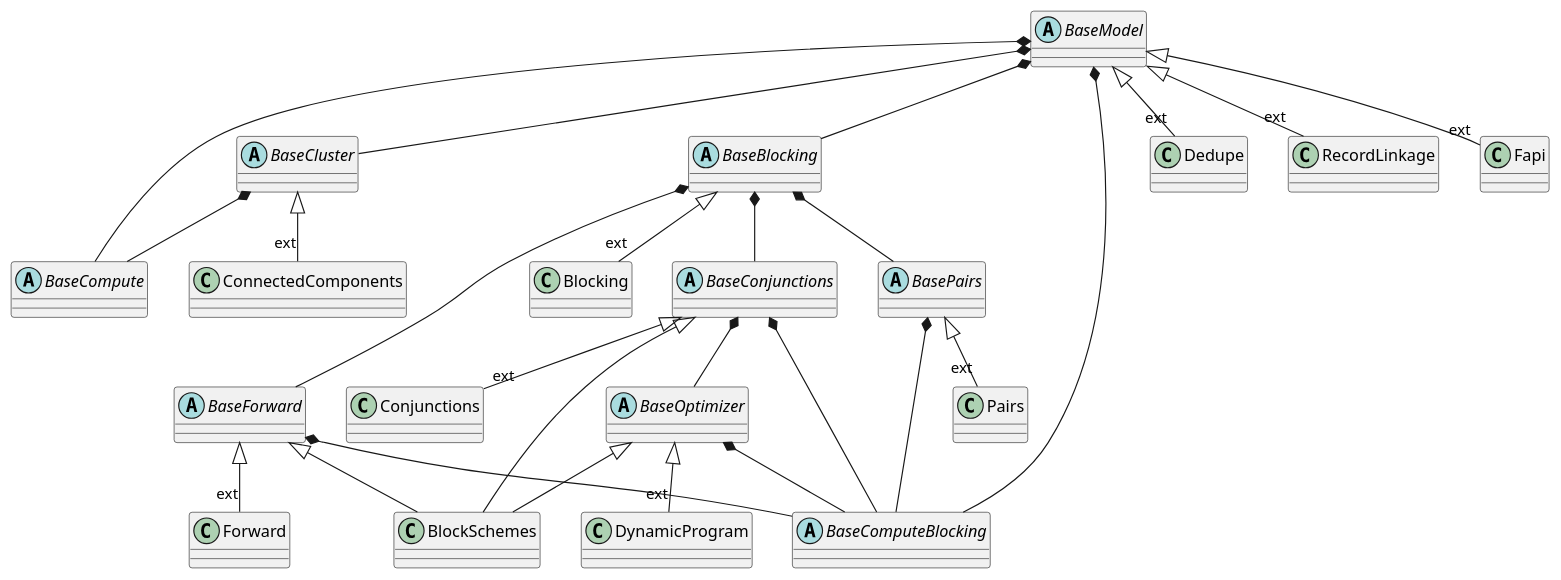
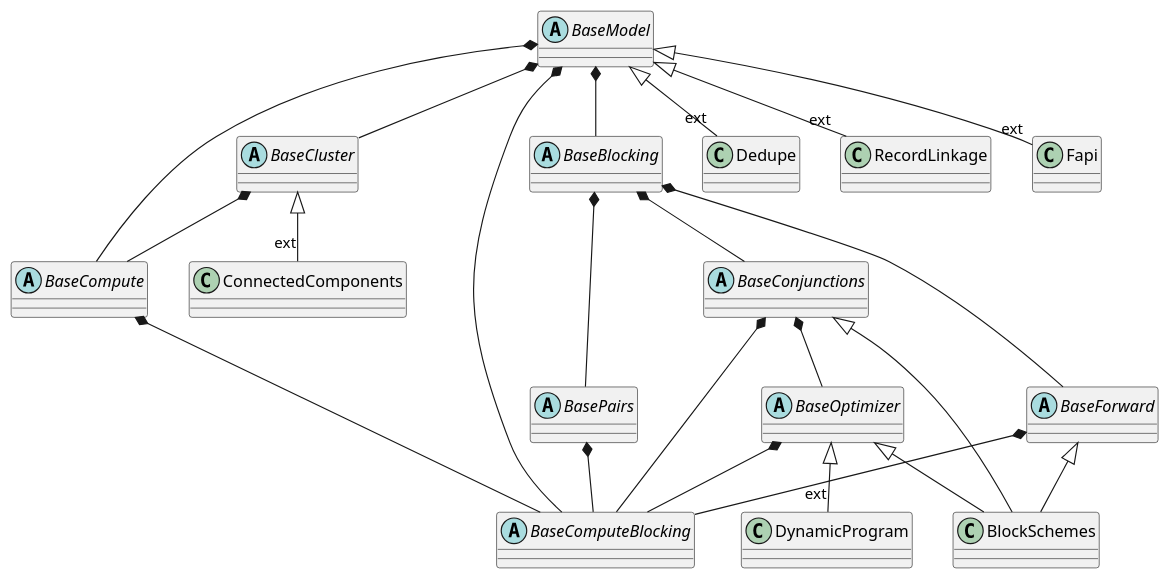
The diagram in references/full.puml (chansooligans/oagdedupe), drawn with PlantUML before and after one commit. The commit also changed 1 other file, not shown here.

Commit message:
adding some comments in compute to divide

```diff
--- a/references/full.puml
+++ b/references/full.puml
@@ -1,58 +1,55 @@
 @startuml Class Hierarchy
 
 '---------------------Abstract Nodes------------------------------'
 
 abstract class BaseModel
 
 'compute'
 abstract class BaseCompute
 abstract class BaseComputeBlocking
 
 'blocking'
 abstract class BaseBlocking
 abstract class BaseForward
 abstract class BaseConjunctions
 abstract class BasePairs
 abstract class BaseOptimizer
 
 'clustering'
 abstract class BaseCluster
 
 '---------------------Edges------------------------------'
 
 'api'
 BaseModel <|-- "ext" Dedupe
 BaseModel <|-- "ext" RecordLinkage
 BaseModel <|-- "ext" Fapi
 BaseModel *-- BaseCompute
 BaseModel *-- BaseComputeBlocking
 BaseModel *-- BaseBlocking
 BaseModel *-- BaseCluster
 
 'blocking
 BaseBlocking *-- BaseForward
 BaseBlocking *-- BasePairs
 BaseBlocking *-- BaseConjunctions
 
 BaseConjunctions *-- BaseOptimizer
-BaseBlocking <|-- "ext" Blocking
-BaseForward <|-- "ext" Forward
-BasePairs <|-- "ext" Pairs
-BaseConjunctions <|-- "ext" Conjunctions
 BaseOptimizer <|-- "ext" DynamicProgram
 
 BaseForward <|-- BlockSchemes
 BaseConjunctions <|-- BlockSchemes
 BaseOptimizer <|-- BlockSchemes
 
 'clustering
 BaseCluster <|-- "ext" ConnectedComponents
 
 'compute
+BaseCompute *-- BaseComputeBlocking
 BaseForward *-- BaseComputeBlocking
 BasePairs *-- BaseComputeBlocking
 BaseConjunctions *-- BaseComputeBlocking
 BaseOptimizer *-- BaseComputeBlocking
 BaseCluster *-- BaseCompute
 
 @enduml
```
